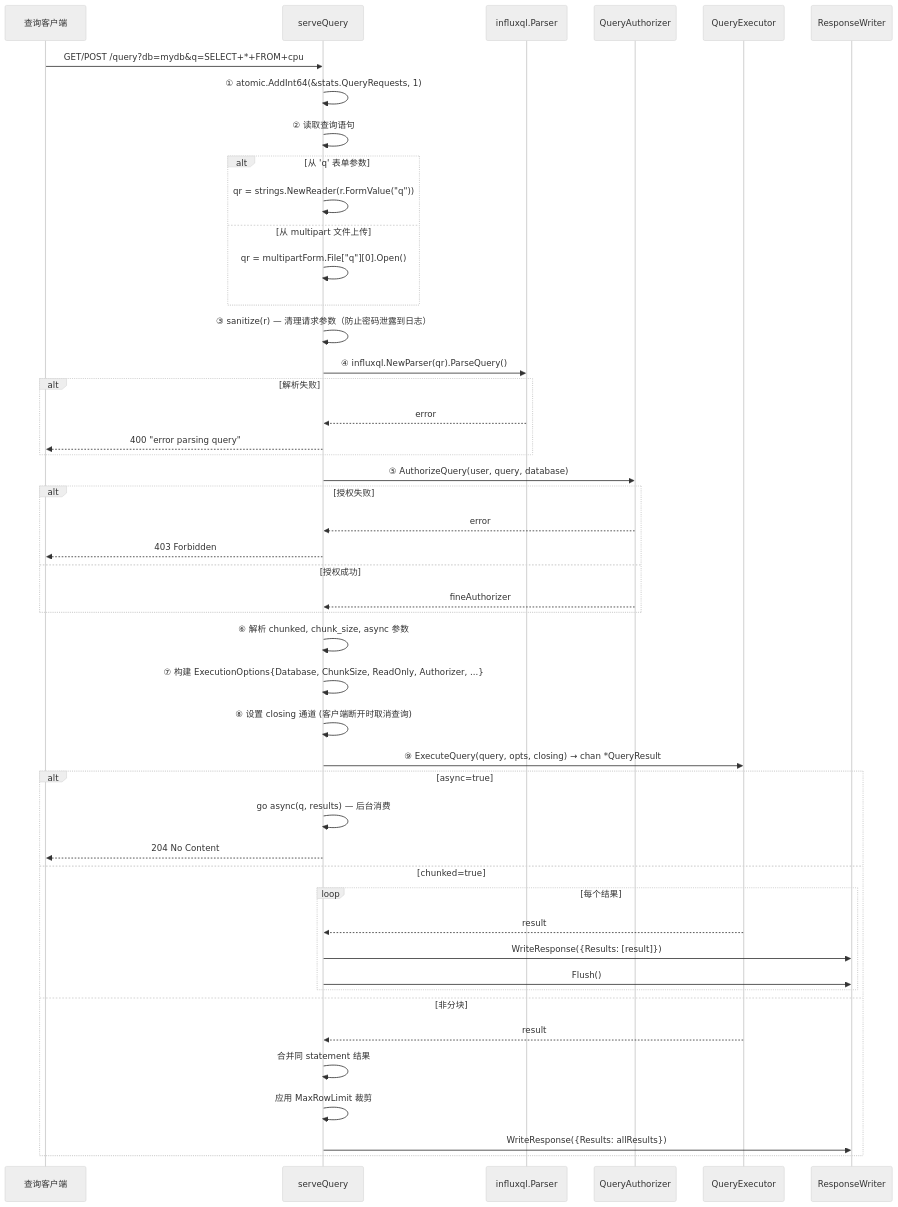
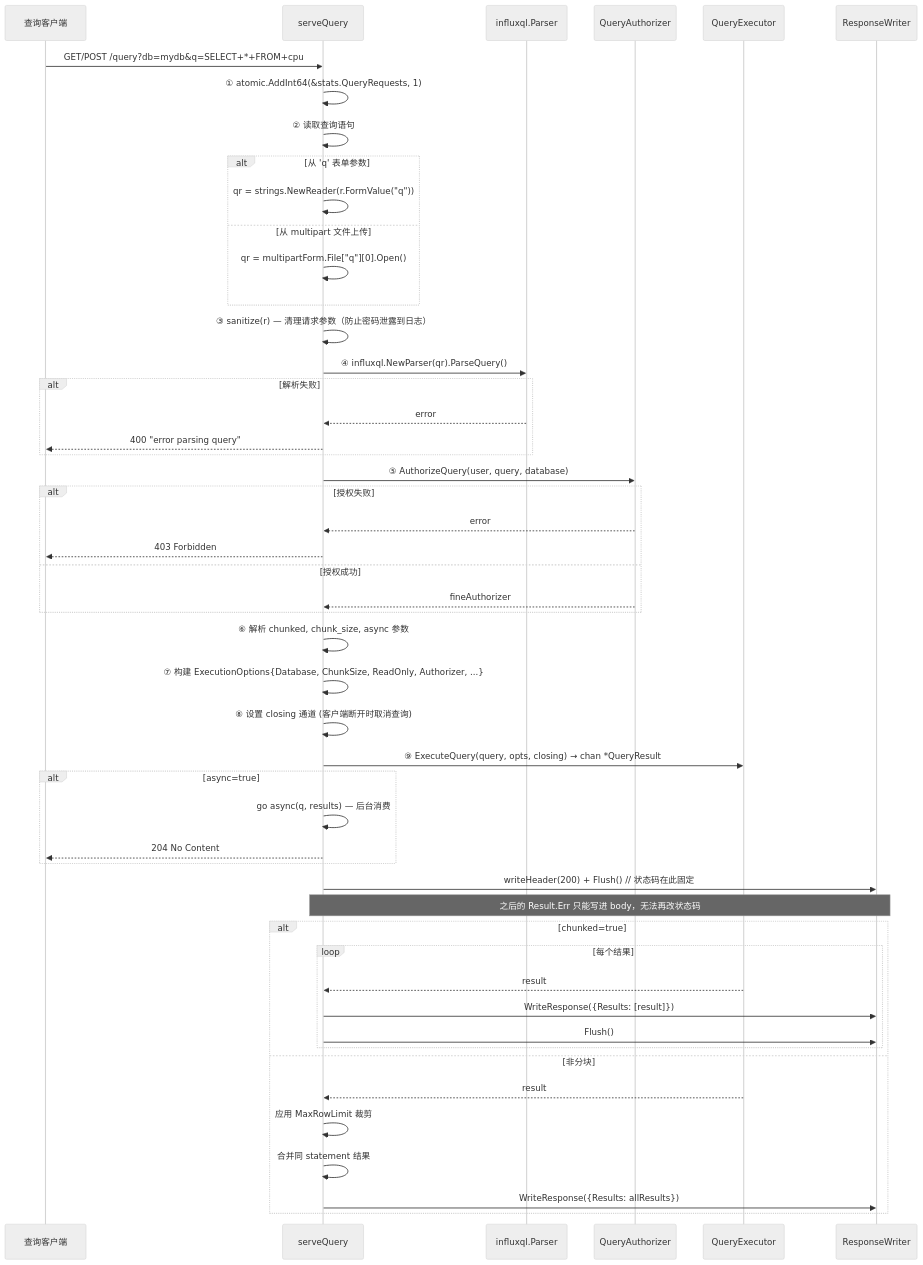
One commit to stefanv5/influxdb changed the fifth of 16 diagrams in docs/specs/10_http_service_spec.md. Above: the diagram before and after it, drawn with Mermaid (neutral theme). The commit also changed other lines of this file and 16 other files, not shown here.

First line of the commit message:
docs: correct and deepen the 17 architecture specs

````diff
--- a/docs/specs/10_http_service_spec.md
+++ b/docs/specs/10_http_service_spec.md
@@ -911,60 +1060,65 @@
 ```mermaid
 sequenceDiagram
     participant Client as 查询客户端
     participant SQ as serveQuery
     participant P as influxql.Parser
     participant QA as QueryAuthorizer
     participant QE as QueryExecutor
     participant RW as ResponseWriter
 
     Client->>SQ: GET/POST /query?db=mydb&q=SELECT+*+FROM+cpu
 
     SQ->>SQ: ① atomic.AddInt64(&stats.QueryRequests, 1)
 
     SQ->>SQ: ② 读取查询语句
     alt 从 'q' 表单参数
         SQ->>SQ: qr = strings.NewReader(r.FormValue("q"))
     else 从 multipart 文件上传
         SQ->>SQ: qr = multipartForm.File["q"][0].Open()
     end
 
     SQ->>SQ: ③ sanitize(r) — 清理请求参数（防止密码泄露到日志）
 
     SQ->>P: ④ influxql.NewParser(qr).ParseQuery()
     alt 解析失败
         P-->>SQ: error
         SQ-->>Client: 400 "error parsing query"
     end
 
     SQ->>QA: ⑤ AuthorizeQuery(user, query, database)
     alt 授权失败
         QA-->>SQ: error
         SQ-->>Client: 403 Forbidden
     else 授权成功
         QA-->>SQ: fineAuthorizer
     end
 
     SQ->>SQ: ⑥ 解析 chunked, chunk_size, async 参数
 
     SQ->>SQ: ⑦ 构建 ExecutionOptions{Database, ChunkSize, ReadOnly, Authorizer, ...}
 
     SQ->>SQ: ⑧ 设置 closing 通道 (客户端断开时取消查询)
 
     SQ->>QE: ⑨ ExecuteQuery(query, opts, closing) → chan *QueryResult
 
     alt async=true
         SQ->>SQ: go async(q, results) — 后台消费
         SQ-->>Client: 204 No Content
-    else chunked=true
+    end
+
+    SQ->>RW: writeHeader(200) + Flush()   // 状态码在此固定
+    Note over SQ,RW: 之后的 Result.Err 只能写进 body，无法再改状态码
+
+    alt chunked=true
         loop 每个结果
             QE-->>SQ: result
             SQ->>RW: WriteResponse({Results: [result]})
             SQ->>RW: Flush()
         end
     else 非分块
         QE-->>SQ: result
+        SQ->>SQ: 应用 MaxRowLimit 裁剪
         SQ->>SQ: 合并同 statement 结果
-        SQ->>SQ: 应用 MaxRowLimit 裁剪
         SQ->>RW: WriteResponse({Results: allResults})
     end
 ```
````
